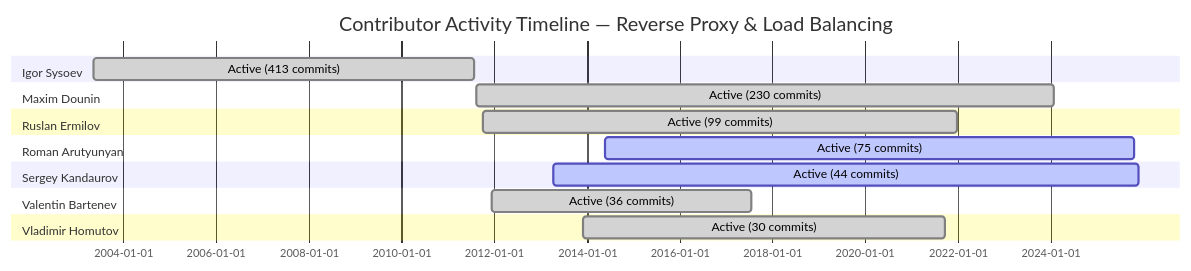
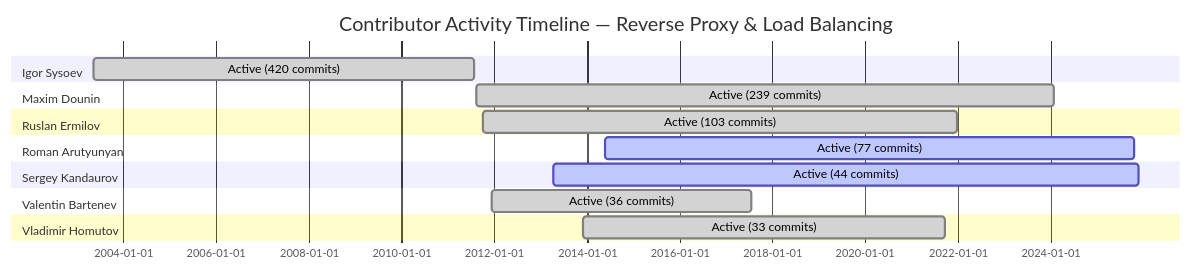
One commit to Blitzy-Sandbox/blitzy-nginx changed the first of 5 diagrams in docs/reports/reverse-proxy-archaeology-report.md. Above: the diagram before and after it, drawn with Mermaid. The commit also changed other lines of this file and 1 other file, not shown here.

````diff
--- a/docs/reports/reverse-proxy-archaeology-report.md
+++ b/docs/reports/reverse-proxy-archaeology-report.md
@@ -146,19 +146,19 @@
 ```mermaid
 gantt
     title Contributor Activity Timeline — Reverse Proxy & Load Balancing
     dateFormat YYYY-MM-DD
     section Igor Sysoev
-    Active (413 commits)      :done, 2003-05-12, 2011-07-30
+    Active (420 commits)      :done, 2003-05-12, 2011-07-30
     section Maxim Dounin
-    Active (230 commits)      :done, 2011-08-18, 2024-01-30
+    Active (239 commits)      :done, 2011-08-18, 2024-01-30
     section Ruslan Ermilov
-    Active (99 commits)       :done, 2011-10-07, 2021-12-24
+    Active (103 commits)      :done, 2011-10-07, 2021-12-24
     section Roman Arutyunyan
-    Active (75 commits)       :active, 2014-05-23, 2025-10-23
+    Active (77 commits)       :active, 2014-05-23, 2025-10-23
     section Sergey Kandaurov
     Active (44 commits)       :active, 2013-04-11, 2025-11-25
     section Valentin Bartenev
     Active (36 commits)       :done, 2011-12-09, 2017-07-17
     section Vladimir Homutov
-    Active (30 commits)       :done, 2013-12-03, 2021-09-23
+    Active (33 commits)       :done, 2013-12-03, 2021-09-23
 ```
````
